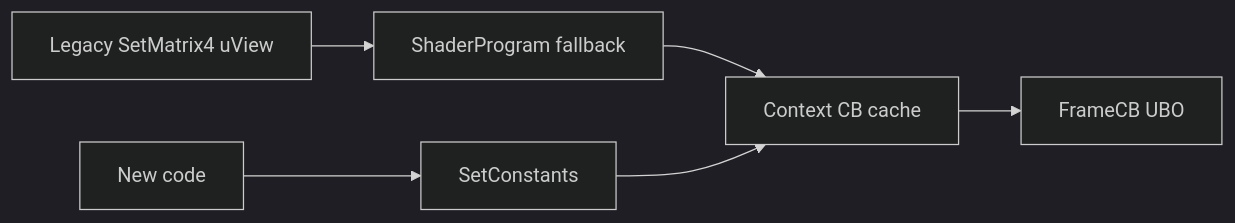
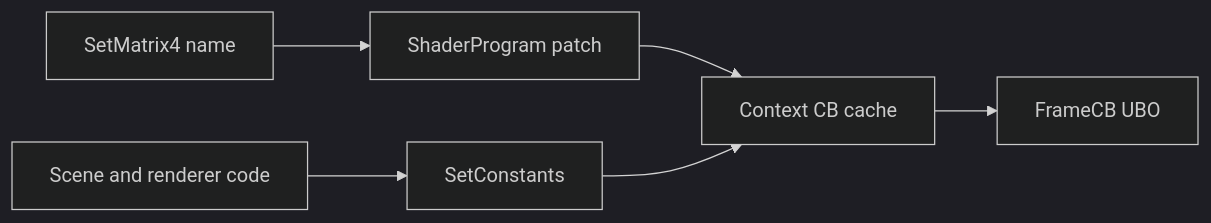
Before and after one commit to ireakhavok/Castle: the fourth of 4 diagrams in docs/RENDERING.md, drawn with Mermaid. The commit also changed other lines of this file and 6 other files, not shown here.

````diff
--- a/docs/RENDERING.md
+++ b/docs/RENDERING.md
@@ -130,9 +120,9 @@
 ```mermaid
 %%{init: {'theme':'dark'}}%%
 flowchart LR
-  New[New code] --> SC[SetConstants]
-  Old[Legacy SetMatrix4 uView] --> FB[ShaderProgram fallback]
+  New[Scene and renderer code] --> SC[SetConstants]
+  Named[SetMatrix4 name] --> FB[ShaderProgram patch]
   FB --> Cache[Context CB cache]
   SC --> Cache
   Cache --> UBO[FrameCB UBO]
 ```
````
